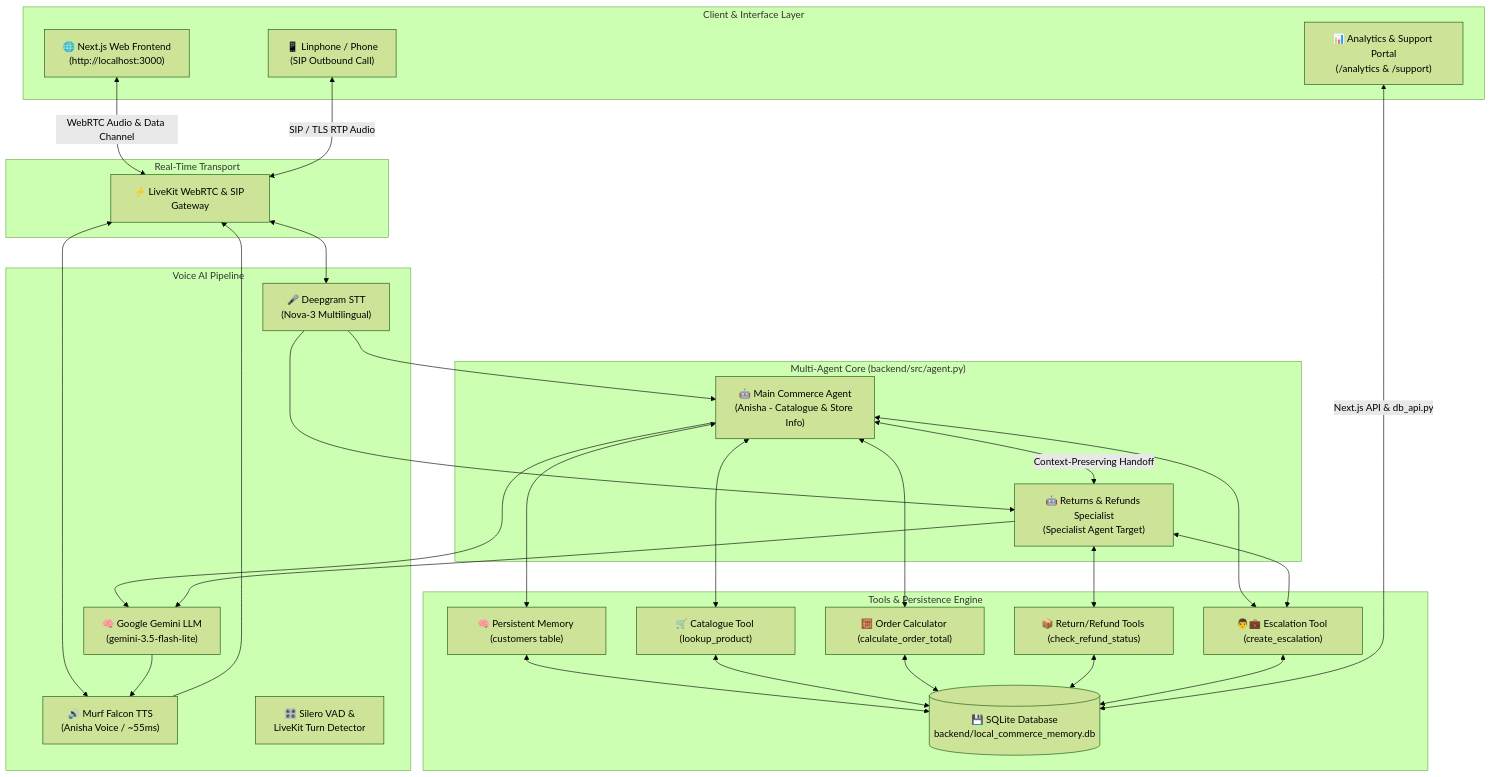
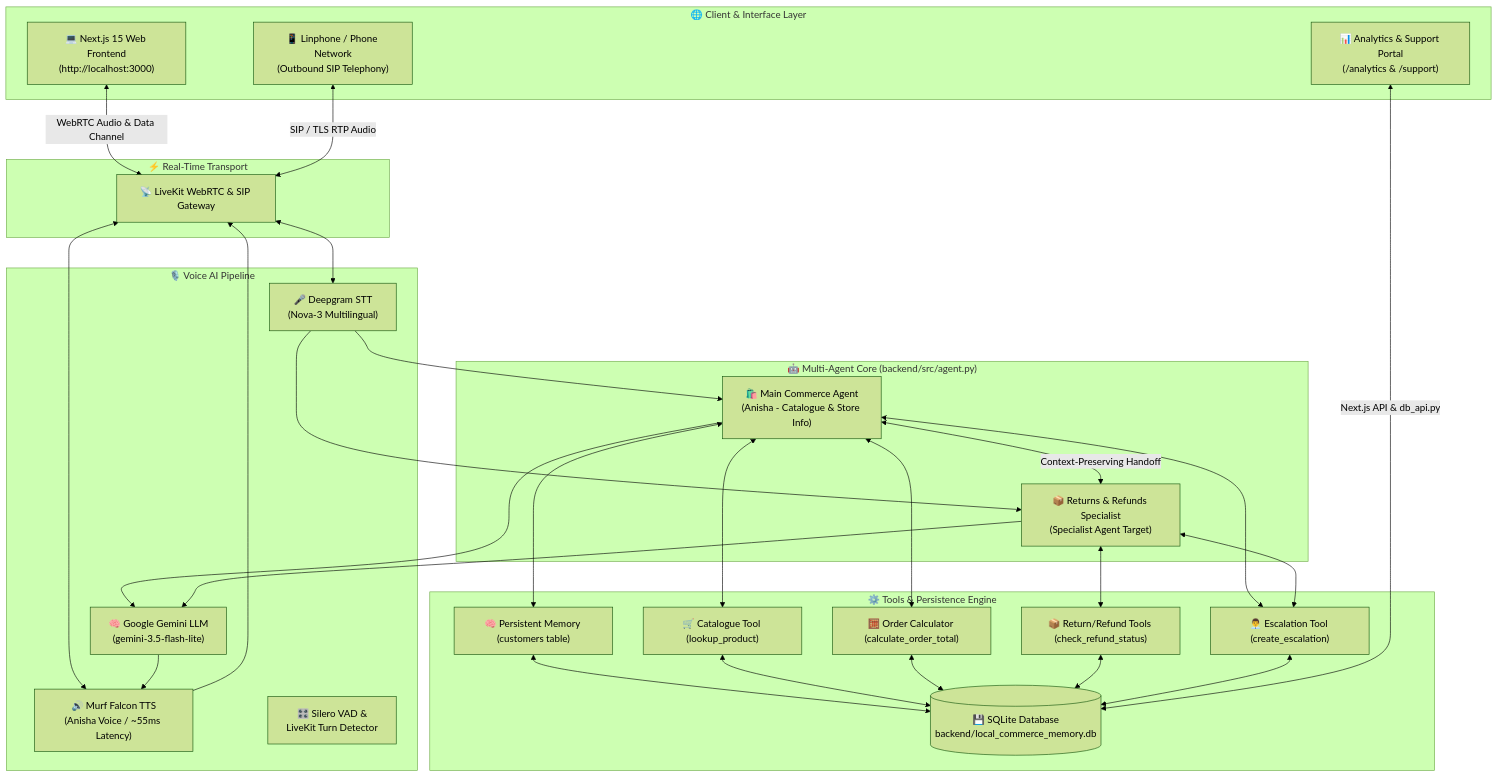
One commit to sahuanshika557-sys/Vaanid changed the diagram in DAY10_BLOG.md. Above: the diagram before and after it, drawn with Mermaid (forest theme). The commit also changed other lines of this file and 7 other files, not shown here.

Commit message:
docs: Embed dashboard, voice assistant card, and product catalogue screenshot images into DAY10_BLOG.md and README.md

````diff
--- a/DAY10_BLOG.md
+++ b/DAY10_BLOG.md
@@ -47,59 +60,59 @@
 ```mermaid
 flowchart TD
-    subgraph Client_Layer ["Client & Interface Layer"]
-        UI["🌐 Next.js Web Frontend\n(http://localhost:3000)"]
-        SIP["📱 Linphone / Phone\n(SIP Outbound Call)"]
+    subgraph Client_Layer ["🌐 Client & Interface Layer"]
+        UI["💻 Next.js 15 Web Frontend\n(http://localhost:3000)"]
+        SIP["📱 Linphone / Phone Network\n(Outbound SIP Telephony)"]
         DASH["📊 Analytics & Support Portal\n(/analytics & /support)"]
     end
 
-    subgraph Transport_Layer ["Real-Time Transport"]
-        LK["⚡ LiveKit WebRTC & SIP Gateway"]
+    subgraph Transport_Layer ["⚡ Real-Time Transport"]
+        LK["📡 LiveKit WebRTC & SIP Gateway"]
     end
 
-    subgraph Pipeline_Layer ["Voice AI Pipeline"]
+    subgraph Pipeline_Layer ["🎙️ Voice AI Pipeline"]
         STT["🎤 Deepgram STT\n(Nova-3 Multilingual)"]
         LLM["🧠 Google Gemini LLM\n(gemini-3.5-flash-lite)"]
-        TTS["🔊 Murf Falcon TTS\n(Anisha Voice / ~55ms)"]
+        TTS["🔊 Murf Falcon TTS\n(Anisha Voice / ~55ms Latency)"]
         VAD["🎛️ Silero VAD &\nLiveKit Turn Detector"]
     end
 
-    subgraph Multi_Agent_Core ["Multi-Agent Core (backend/src/agent.py)"]
-        MAIN["🤖 Main Commerce Agent\n(Anisha - Catalogue & Store Info)"]
-        SPEC["🤖 Returns & Refunds Specialist\n(Specialist Agent Target)"]
+    subgraph Multi_Agent_Core ["🤖 Multi-Agent Core (backend/src/agent.py)"]
+        MAIN["🛍️ Main Commerce Agent\n(Anisha - Catalogue & Store Info)"]
+        SPEC["📦 Returns & Refunds Specialist\n(Specialist Agent Target)"]
     end
 
-    subgraph Persistence_Tools ["Tools & Persistence Engine"]
+    subgraph Persistence_Tools ["⚙️ Tools & Persistence Engine"]
         MEM["🧠 Persistent Memory (customers table)"]
         CAT["🛒 Catalogue Tool (lookup_product)"]
         CALC["🧮 Order Calculator (calculate_order_total)"]
         RET["📦 Return/Refund Tools (check_refund_status)"]
-        ESC["👨💼 Escalation Tool (create_escalation)"]
+        ESC["👨‍💼 Escalation Tool (create_escalation)"]
         DB[("💾 SQLite Database\nbackend/local_commerce_memory.db")]
     end
 
     UI <-->|"WebRTC Audio & Data Channel"| LK
     SIP <-->|"SIP / TLS RTP Audio"| LK
     LK <--> STT
     LK <--> TTS
     STT --> MAIN
     STT --> SPEC
     MAIN --> LLM
     SPEC --> LLM
     LLM --> TTS
     TTS --> LK
 
     MAIN <-->|"Context-Preserving Handoff"| SPEC
     MAIN <--> MEM
     MAIN <--> CAT
     MAIN <--> CALC
     MAIN <--> ESC
     SPEC <--> RET
     SPEC <--> ESC
 
     MEM <--> DB
     CAT <--> DB
     CALC <--> DB
     RET <--> DB
     ESC <--> DB
     DASH <-->|"Next.js API & db_api.py"| DB
 ```
````
